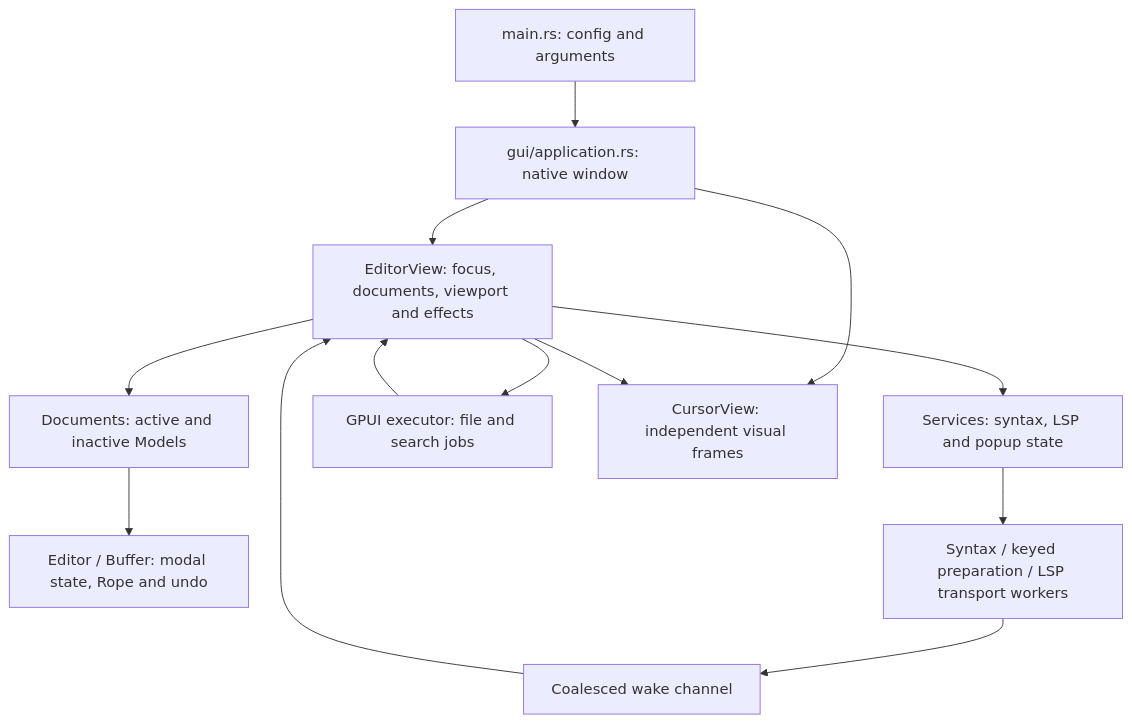
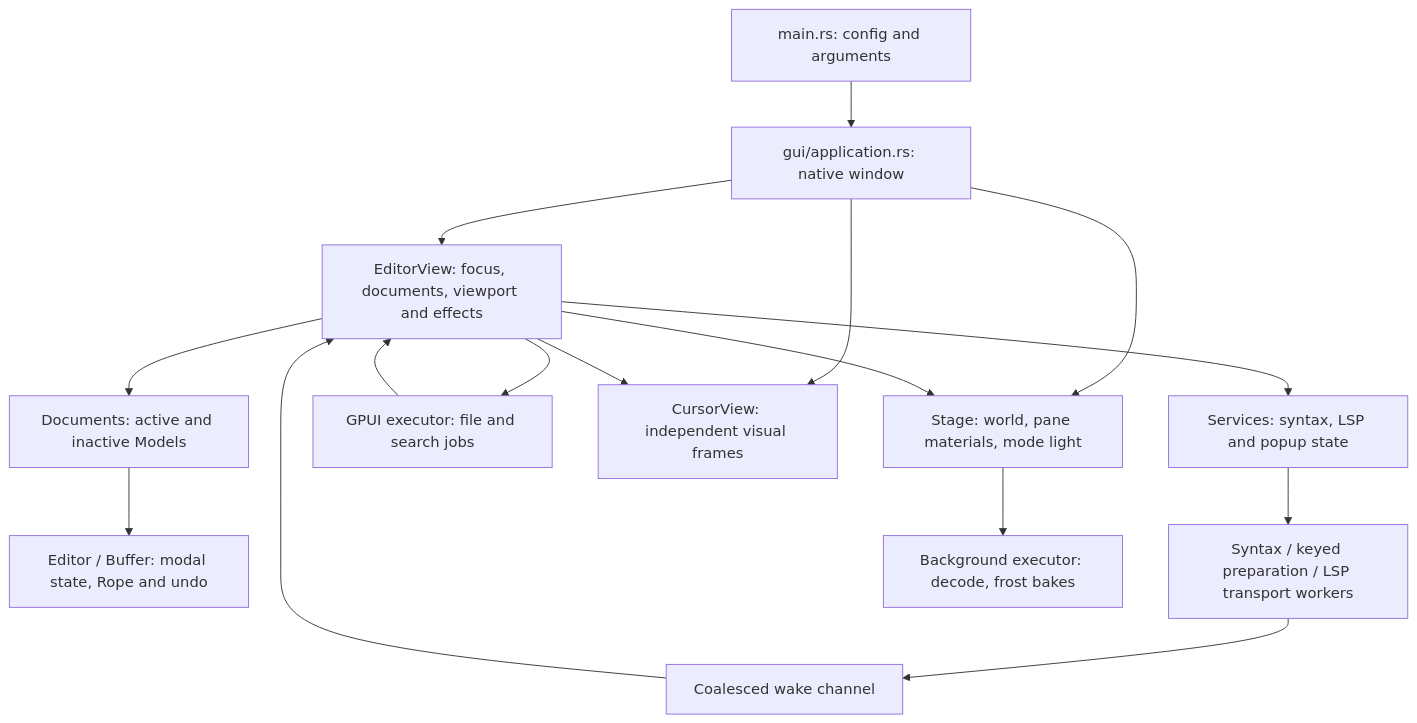
The diagram in docs/ARCHITECTURE.md (Venuss1337/filavim), drawn with Mermaid before and after one commit. The commit also changed other lines of this file and 11 other files, not shown here.

````diff
--- a/docs/ARCHITECTURE.md
+++ b/docs/ARCHITECTURE.md
@@ -22,15 +22,18 @@
 ```mermaid
 flowchart TD
     Main[main.rs: config and arguments] --> App[gui/application.rs: native window]
     App --> View[EditorView: focus, documents, viewport and effects]
     View --> Docs[Documents: active and inactive Models]
     Docs --> Core[Editor / Buffer: modal state, Rope and undo]
     View --> Services[Services: syntax, LSP and popup state]
     Services --> Workers[Syntax / keyed preparation / LSP transport workers]
     View --> IO[GPUI executor: file and search jobs]
     Workers --> Wake[Coalesced wake channel]
     Wake --> View
     IO --> View
     App --> Cursor[CursorView: independent visual frames]
     View --> Cursor
+    App --> Stage[Stage: world, pane materials, mode light]
+    View --> Stage
+    Stage --> Bakes[Background executor: decode, frost bakes]
 ```
````
